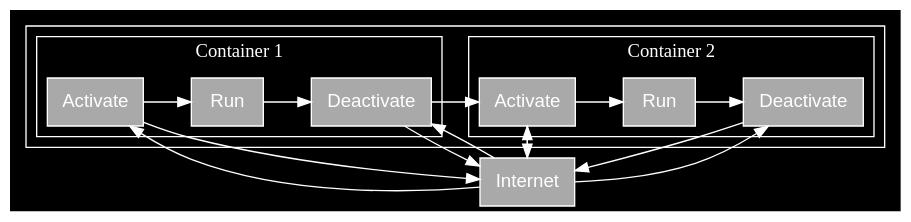
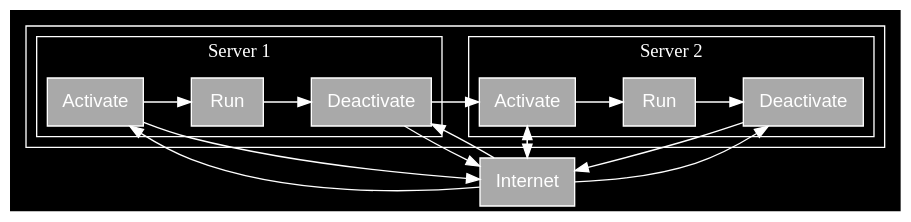
One commit to jmcphers/rsp11-features changed the diagram in gv/turboactivate.gv. Above: the diagram before and after it, drawn with Graphviz. The commit also changed 4 other files, not shown here.

```diff
--- a/gv/turboactivate.gv
+++ b/gv/turboactivate.gv
@@ -1,37 +1,37 @@
 digraph ta {
   graph [bgcolor="black", color="white", fontcolor="white"]
   node [shape=box, fontname=Helvetica, fillcolor="darkgray", style=filled, fontcolor="white", color="white"]
   edge [fontname=Helvetica, fontsize=10, color="white"]
   rankdir = "LR";
   
   subgraph cluster_rsp {
       subgraph cluster_0 {
           rankdir = "BT";
           a1 [label = "Activate"];
           r1 [label = "Run"];
           d1 [label = "Deactivate"];
-          label = "Container 1";
+          label = "Server 1";
           a1 -> r1 -> d1;
       }
       subgraph cluster_1 {
           rankdir = "BT";
           a2 [label = "Activate"];
           r2 [label = "Run"];
           d2 [label = "Deactivate"];
-          label = "Container 2";
+          label = "Server 2";
           a2 -> r2 -> d2;
       }
   }
   
   i [label = "Internet"];
   a1 -> i;
   d1 -> i;
   a2 -> i;
   d2 -> i;
   i -> a1;
   i -> a2;
   i -> d1;
   i -> d2;
 
   d1 -> a2 [lhead=cluster_0,ltail=cluster_1];
 }
```
